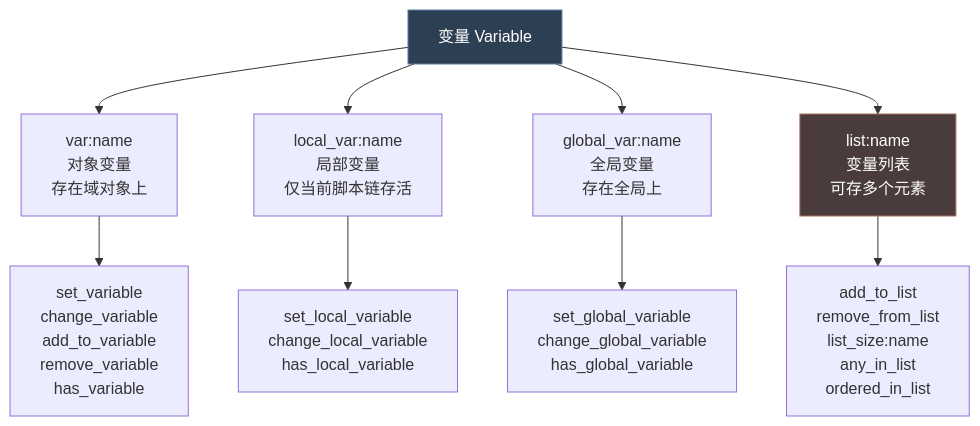
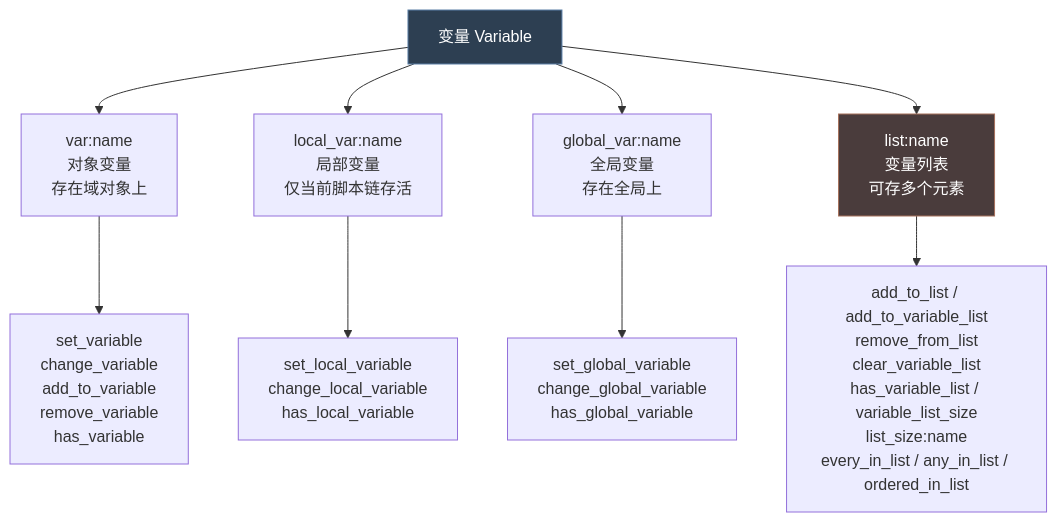
One commit to FeronCompany/ck3_for_the_realm changed the sixth of 8 diagrams in document/01-词法、数据类型与值系统.md. Above: the diagram before and after it, drawn with Mermaid. The commit also changed other lines of this file and 61 other files, not shown here.

````diff
--- a/document/01-词法、数据类型与值系统.md
+++ b/document/01-词法、数据类型与值系统.md
@@ -735,15 +735,15 @@
 ```mermaid
 graph TD
     VAR["变量 Variable"] --> S1["var:name<br/>对象变量<br/>存在域对象上"]
     VAR --> S2["local_var:name<br/>局部变量<br/>仅当前脚本链存活"]
     VAR --> S3["global_var:name<br/>全局变量<br/>存在全局上"]
     VAR --> S4["list:name<br/>变量列表<br/>可存多个元素"]
 
     S1 --> OP1["set_variable<br/>change_variable<br/>add_to_variable<br/>remove_variable<br/>has_variable"]
     S2 --> OP2["set_local_variable<br/>change_local_variable<br/>has_local_variable"]
     S3 --> OP3["set_global_variable<br/>change_global_variable<br/>has_global_variable"]
-    S4 --> OP4["add_to_list<br/>remove_from_list<br/>list_size:name<br/>any_in_list<br/>ordered_in_list"]
+    S4 --> OP4["add_to_list / add_to_variable_list<br/>remove_from_list<br/>clear_variable_list<br/>has_variable_list / variable_list_size<br/>list_size:name<br/>every_in_list / any_in_list / ordered_in_list"]
 
     style VAR fill:#2d3f52,stroke:#5b7fa6,color:#fff
     style S4 fill:#4a3c3c,stroke:#a6705b,color:#fff
 ```
````
